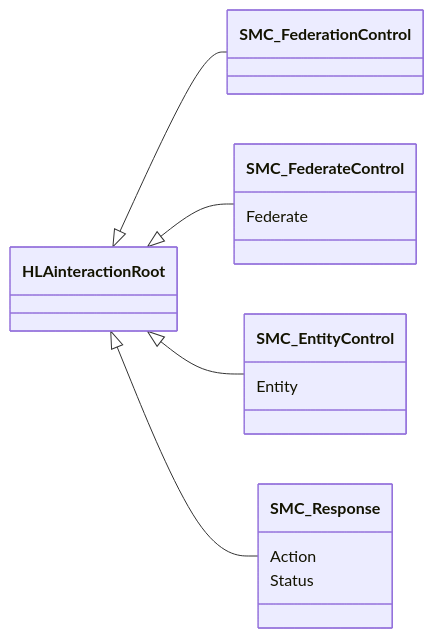
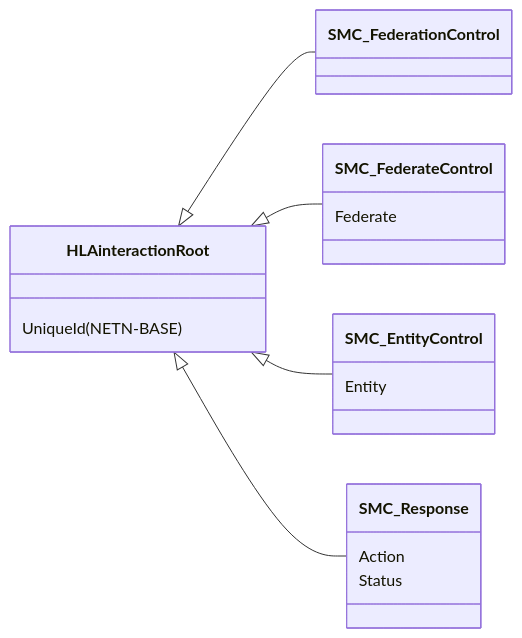
The third of 3 diagrams in NETN-SMC.md (AMSP-04/NETN-SMC), drawn with Mermaid before and after one commit. The commit also changed other lines of this file and 1 other file, not shown here.

````diff
--- a/NETN-SMC.md
+++ b/NETN-SMC.md
@@ -73,12 +76,13 @@
 ```mermaid
 classDiagram 
 direction LR
 HLAinteractionRoot <|-- SMC_FederationControl
 HLAinteractionRoot <|-- SMC_FederateControl
 HLAinteractionRoot <|-- SMC_EntityControl
 HLAinteractionRoot <|-- SMC_Response
+HLAinteractionRoot : UniqueId(NETN-BASE)
 SMC_FederateControl : Federate
 SMC_EntityControl : Entity
 SMC_Response : Action
 SMC_Response : Status
 ```
````
